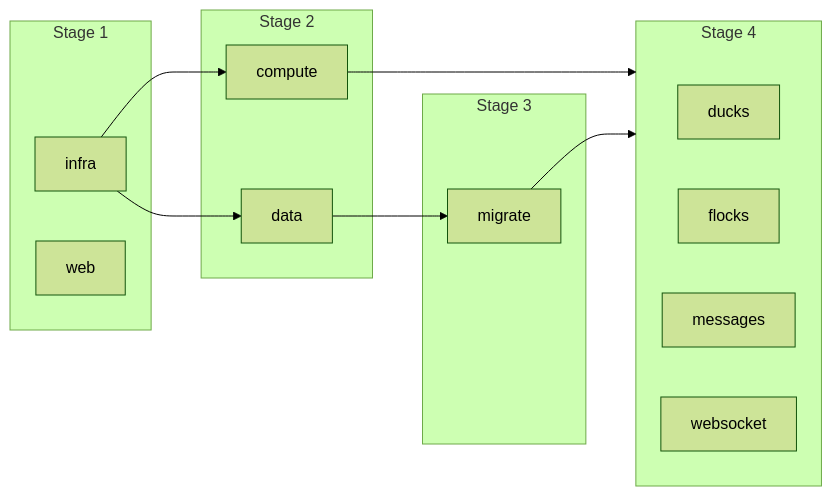
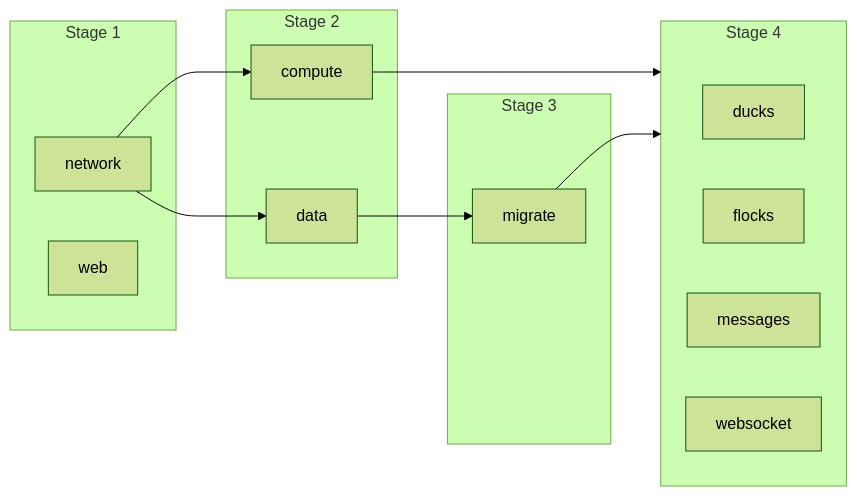
One commit to fractionalJoe/quack changed the diagram in docs/design/operational-design.md. Above: the diagram before and after it, drawn with Mermaid. The commit also changed other lines of this file and 3 other files, not shown here.

````diff
--- a/docs/design/operational-design.md
+++ b/docs/design/operational-design.md
@@ -9,28 +9,28 @@
 ```mermaid
 ---
 config:
   theme: forest
 ---
 flowchart LR
     subgraph s1[Stage 1]
-        infra
+        network
         web
     end
     subgraph s2[Stage 2]
         data
         compute
     end
     subgraph s3[Stage 3]
         migrate
     end
     subgraph s4[Stage 4]
         ducks
         flocks
         messages
         websocket
     end
-    infra --> data & compute
+    network --> data & compute
     data --> migrate
     migrate ~~~ ducks & flocks & messages & websocket
     migrate & compute --> s4
 ```
````
